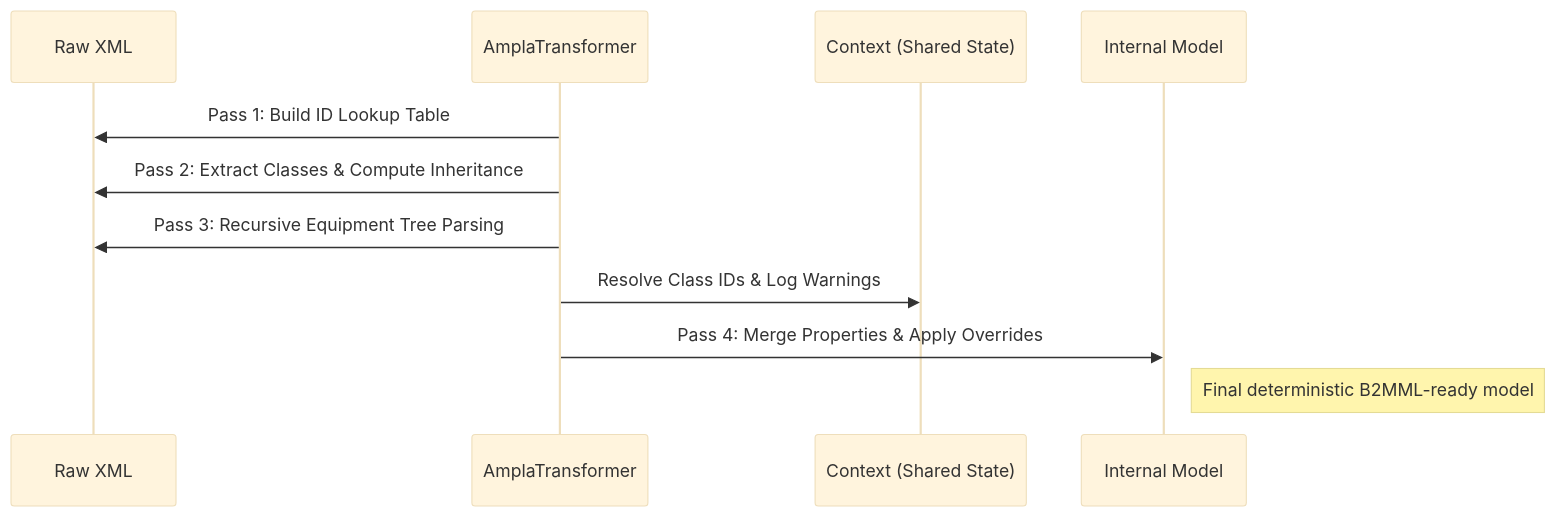
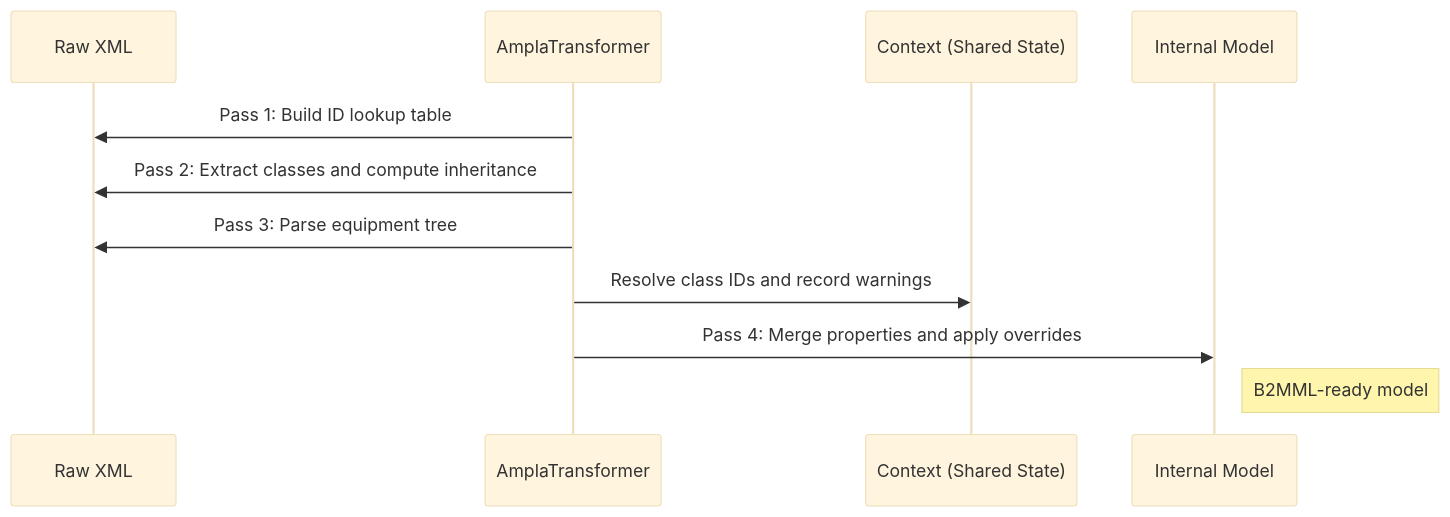
The second of 2 diagrams in README.md (JaskRendix/amplab2mml), drawn with Mermaid (base theme) before and after one commit. The commit also changed other lines of this file, not shown here.

````diff
--- a/README.md
+++ b/README.md
@@ -112,14 +76,14 @@
 ```mermaid
 sequenceDiagram
     participant XML as Raw XML
     participant AT as AmplaTransformer
     participant CTX as Context (Shared State)
     participant Model as Internal Model
 
-    AT->>XML: Pass 1: Build ID Lookup Table
-    AT->>XML: Pass 2: Extract Classes & Compute Inheritance
-    AT->>XML: Pass 3: Recursive Equipment Tree Parsing
-    AT->>CTX: Resolve Class IDs & Log Warnings
-    AT->>Model: Pass 4: Merge Properties & Apply Overrides
-    Note right of Model: Final deterministic B2MML-ready model
+    AT->>XML: Pass 1: Build ID lookup table
+    AT->>XML: Pass 2: Extract classes and compute inheritance
+    AT->>XML: Pass 3: Parse equipment tree
+    AT->>CTX: Resolve class IDs and record warnings
+    AT->>Model: Pass 4: Merge properties and apply overrides
+    Note right of Model: B2MML-ready model
 ```
````
